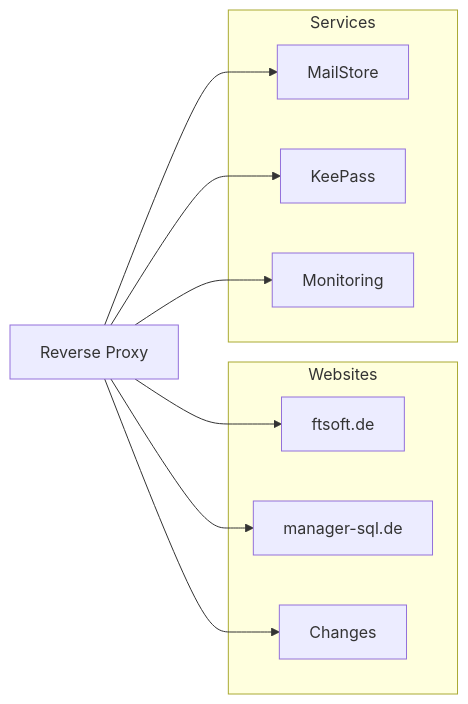
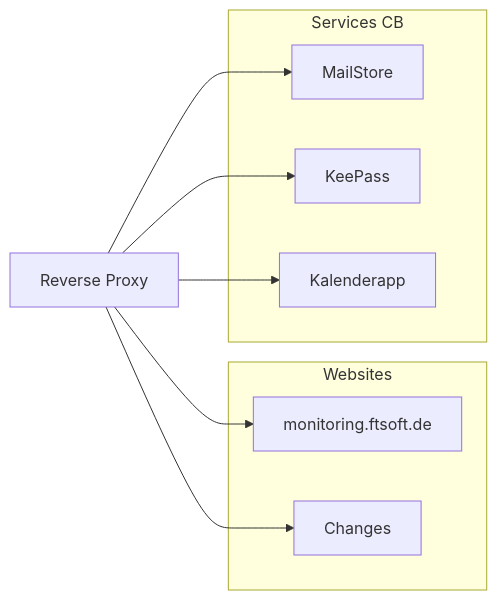
The diagram in Projekt IHK/Monitoring.md (vladoks87/atiw), drawn with Mermaid before and after one commit. The commit also changed 3 other files, not shown here.

````diff
--- a/Projekt IHK/Monitoring.md
+++ b/Projekt IHK/Monitoring.md
@@ -2,24 +2,21 @@
 ```mermaid
 flowchart LR
     RP["Reverse Proxy"]
 
     subgraph WEB["Websites"]
-        FT["ftsoft.de"]
-        SQL["manager-sql.de"]
+        FT["monitoring.ftsoft.de"]
         CHG["Changes"]
     end
 
-    subgraph SERVICES["Services"]
+    subgraph SERVICES["Services CB"]
         MAIL["MailStore"]
         KP["KeePass"]
-        MON["Monitoring"]
+        KL["Kalenderapp"]
     end
 
     RP --> FT
-    RP --> SQL
     RP --> CHG
-
     RP --> MAIL
     RP --> KP
-    RP --> MON
+    RP --> KL
 ```
````
